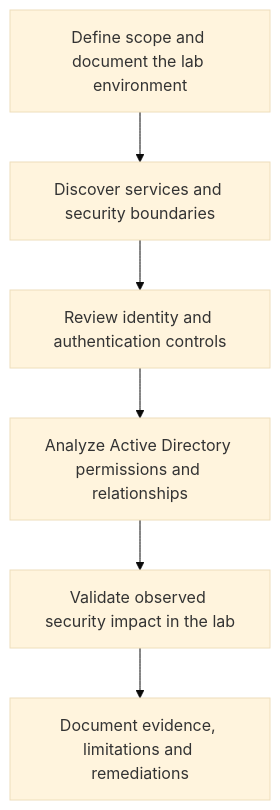
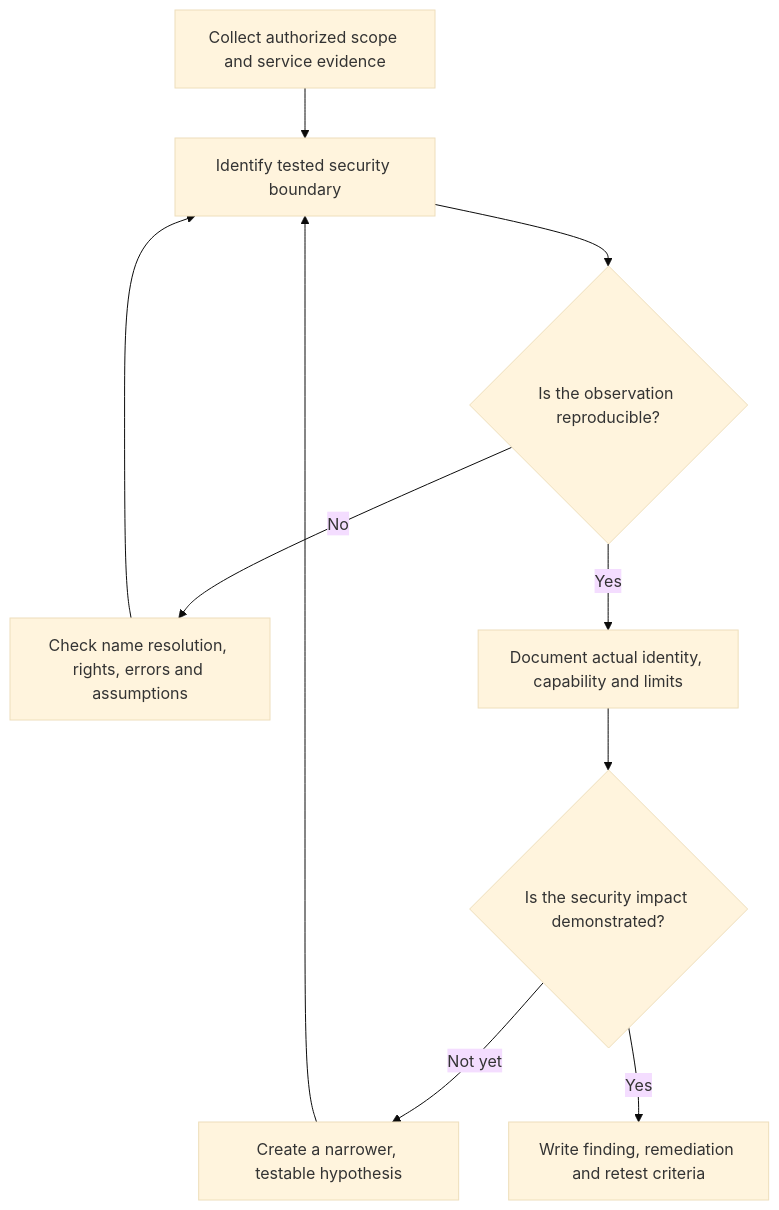
The diagram in _posts/2026-11-12-tryhackme-reset-hard-active-directory-case-study.md (ALLAKORI/writeups), drawn with Mermaid (base theme) before and after one commit. The commit also changed other lines of this file, not shown here.

Commit message:
docs(reset): expand into detailed evidence-based technical methodology, commands and AD defensive findings without active-room spoilers

````diff
--- a/_posts/2026-11-12-tryhackme-reset-hard-active-directory-case-study.md
+++ b/_posts/2026-11-12-tryhackme-reset-hard-active-directory-case-study.md
@@ -26,8 +219,12 @@
-```mermaid
+~~~mermaid
 flowchart TD
-    A["Define scope and document the lab environment"] --> B["Discover services and security boundaries"]
-    B --> C["Review identity and authentication controls"]
-    C --> D["Analyze Active Directory permissions and relationships"]
-    D --> E["Validate observed security impact in the lab"]
-    E --> F["Document evidence, limitations and remediations"]
-```
+    A["Collect authorized scope and service evidence"] --> B["Identify tested security boundary"]
+    B --> C{"Is the observation reproducible?"}
+    C -- "No" --> D["Check name resolution, rights, errors and assumptions"]
+    D --> B
+    C -- "Yes" --> E["Document actual identity, capability and limits"]
+    E --> F{"Is the security impact demonstrated?"}
+    F -- "Not yet" --> G["Create a narrower, testable hypothesis"]
+    G --> B
+    F -- "Yes" --> H["Write finding, remediation and retest criteria"]
+~~~
````
